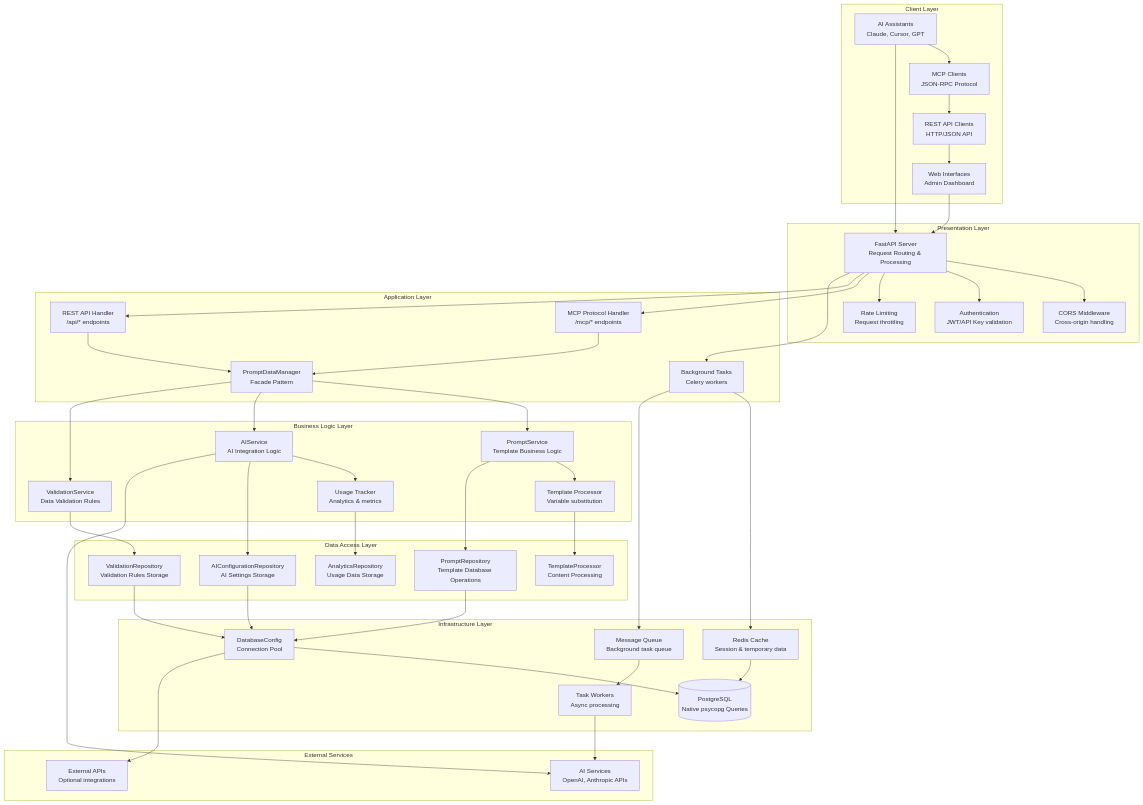
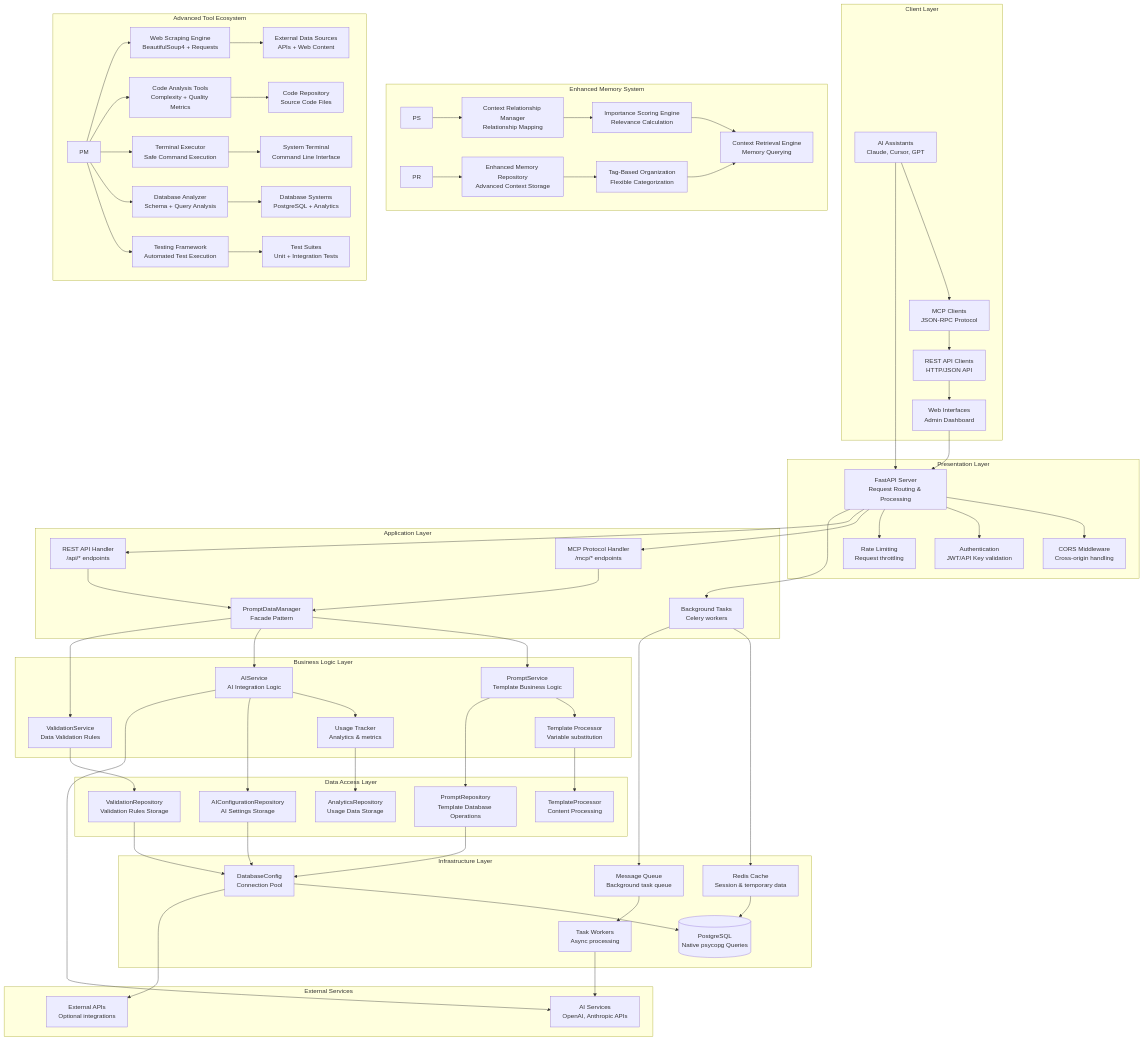
One commit to shennawardana23/mcp-go-py changed the first of 18 diagrams in documents/component-structure.md. Above: the diagram before and after it, drawn with Mermaid. The commit also changed 18 other files, not shown here.

Commit message:
feat: add enhanced mcp capabilities with memory system and advanced tools

````diff
--- a/documents/component-structure.md
+++ b/documents/component-structure.md
@@ -9,57 +9,79 @@
 ```mermaid
 graph TB
     subgraph "Client Layer"
         A[AI Assistants<br/>Claude, Cursor, GPT] --> B[MCP Clients<br/>JSON-RPC Protocol]
         B --> C[REST API Clients<br/>HTTP/JSON API]
         C --> D[Web Interfaces<br/>Admin Dashboard]
     end
 
     subgraph "Presentation Layer"
         A --> E[FastAPI Server<br/>Request Routing & Processing]
         D --> E
         E --> F[CORS Middleware<br/>Cross-origin handling]
         E --> G[Authentication<br/>JWT/API Key validation]
         E --> H[Rate Limiting<br/>Request throttling]
     end
 
     subgraph "Application Layer"
         E --> I[MCP Protocol Handler<br/>/mcp/* endpoints]
         E --> J[REST API Handler<br/>/api/* endpoints]
         E --> K[Background Tasks<br/>Celery workers]
         I --> L[PromptDataManager<br/>Facade Pattern]
         J --> L
     end
 
     subgraph "Business Logic Layer"
         L --> M[PromptService<br/>Template Business Logic]
         L --> N[AIService<br/>AI Integration Logic]
         L --> O[ValidationService<br/>Data Validation Rules]
         M --> P[Template Processor<br/>Variable substitution]
         N --> Q[Usage Tracker<br/>Analytics & metrics]
     end
 
     subgraph "Data Access Layer"
         M --> R[PromptRepository<br/>Template Database Operations]
         N --> S[AIConfigurationRepository<br/>AI Settings Storage]
         O --> T[ValidationRepository<br/>Validation Rules Storage]
         P --> U[TemplateProcessor<br/>Content Processing]
         Q --> V[AnalyticsRepository<br/>Usage Data Storage]
     end
 
     subgraph "Infrastructure Layer"
         R --> W[DatabaseConfig<br/>Connection Pool]
         S --> W
         T --> W
         W --> X[(PostgreSQL<br/>Native psycopg Queries)]
         K --> Y[Redis Cache<br/>Session & temporary data]
         Y --> X
         K --> Z[Message Queue<br/>Background task queue]
         Z --> AA[Task Workers<br/>Async processing]
     end
 
     subgraph "External Services"
         N --> BB[AI Services<br/>OpenAI, Anthropic APIs]
         AA --> BB
         W --> CC[External APIs<br/>Optional integrations]
     end
+
+    subgraph "Enhanced Memory System"
+        PS --> DD[Context Relationship Manager<br/>Relationship Mapping]
+        PR --> EE[Enhanced Memory Repository<br/>Advanced Context Storage]
+        DD --> FF[Importance Scoring Engine<br/>Relevance Calculation]
+        EE --> GG[Tag-Based Organization<br/>Flexible Categorization]
+        FF --> HH[Context Retrieval Engine<br/>Memory Querying]
+        GG --> HH
+    end
+
+    subgraph "Advanced Tool Ecosystem"
+        PM --> II[Web Scraping Engine<br/>BeautifulSoup4 + Requests]
+        PM --> JJ[Code Analysis Tools<br/>Complexity + Quality Metrics]
+        PM --> KK[Terminal Executor<br/>Safe Command Execution]
+        PM --> LL[Database Analyzer<br/>Schema + Query Analysis]
+        PM --> MM[Testing Framework<br/>Automated Test Execution]
+        II --> NN[External Data Sources<br/>APIs + Web Content]
+        JJ --> OO[Code Repository<br/>Source Code Files]
+        KK --> PP[System Terminal<br/>Command Line Interface]
+        LL --> QQ[Database Systems<br/>PostgreSQL + Analytics]
+        MM --> RR[Test Suites<br/>Unit + Integration Tests]
+    end
 ```
````
